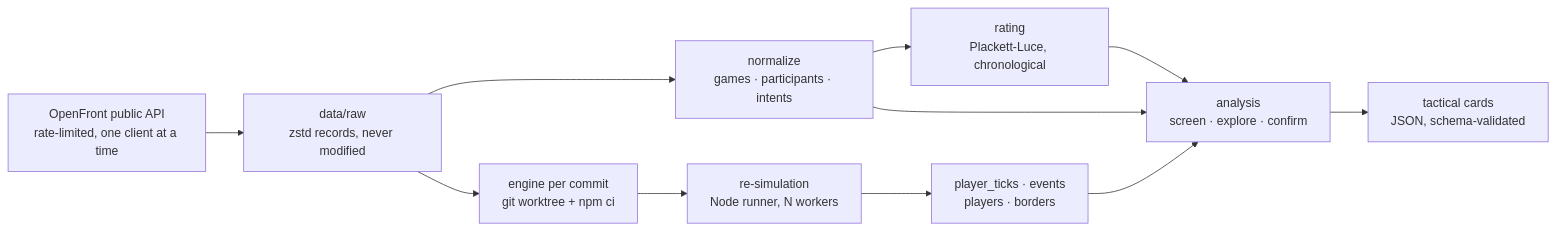
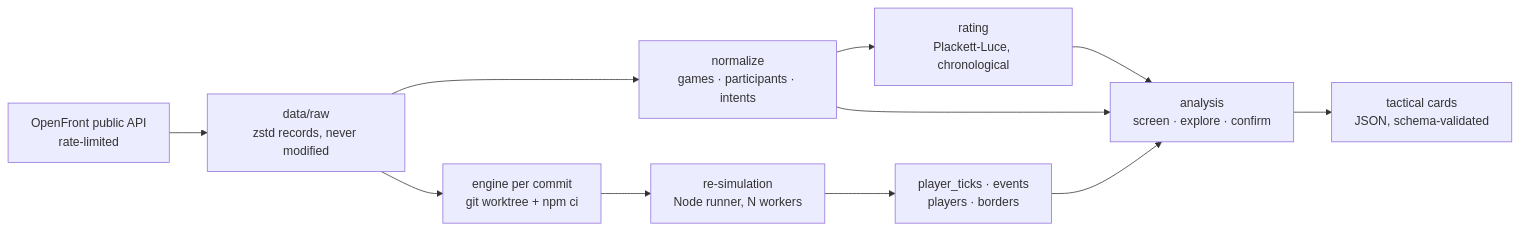
One commit to Z-OxO/OFA changed the diagram in README.md. Above: the diagram before and after it, drawn with Mermaid. The commit also changed other lines of this file and 42 other files, not shown here.

````diff
--- a/README.md
+++ b/README.md
@@ -120,13 +107,13 @@
 ```mermaid
 flowchart LR
-    A["OpenFront public API<br>rate-limited, one client at a time"] --> B["data/raw<br>zstd records, never modified"]
+    A["OpenFront public API<br>rate-limited"] --> B["data/raw<br>zstd records, never modified"]
     B --> C["normalize<br>games · participants · intents"]
     B --> D["engine per commit<br>git worktree + npm ci"]
     D --> E["re-simulation<br>Node runner, N workers"]
     E --> F["player_ticks · events<br>players · borders"]
     C --> G["rating<br>Plackett-Luce, chronological"]
     C --> H["analysis<br>screen · explore · confirm"]
     F --> H
     G --> H
     H --> I["tactical cards<br>JSON, schema-validated"]
 ```
````
